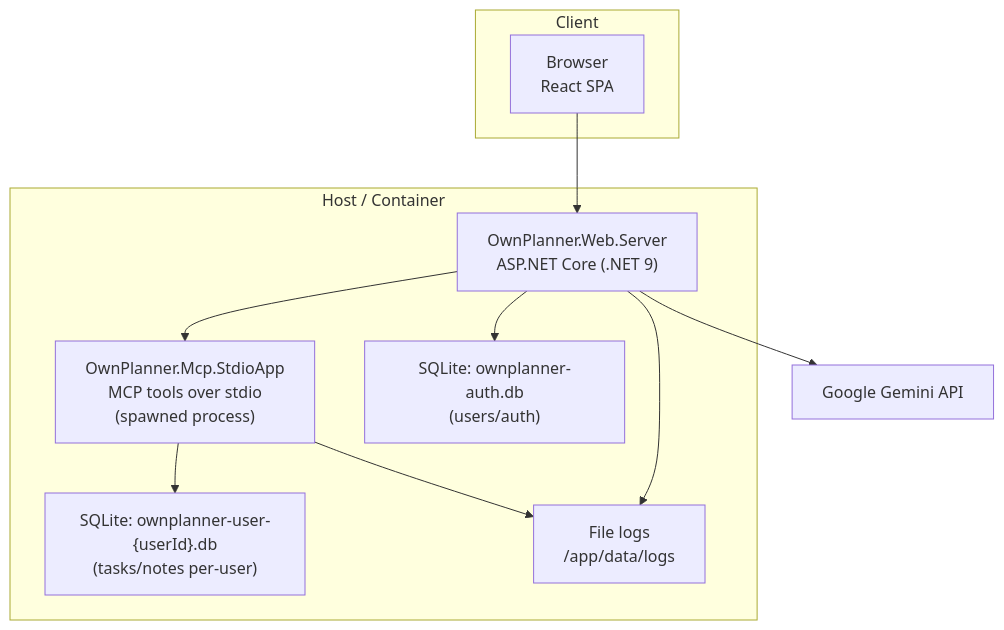
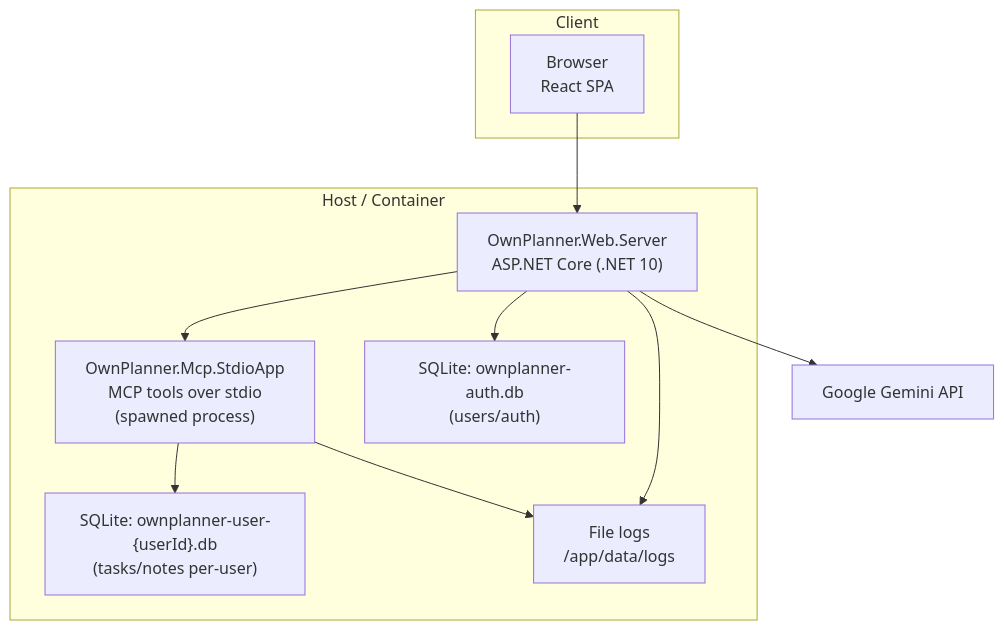
The second of 4 diagrams in README.md (am-space/own-planner), drawn with Mermaid before and after one commit. The commit also changed other lines of this file and 48 other files, not shown here.

````diff
--- a/README.md
+++ b/README.md
@@ -30,24 +30,24 @@
 ```mermaid
 graph TB
   subgraph client["Client"]
     browser["Browser<br/>React SPA"]
   end
 
   subgraph host["Host / Container"]
-    web["OwnPlanner.Web.Server<br/>ASP.NET Core (.NET 9)"]
+    web["OwnPlanner.Web.Server<br/>ASP.NET Core (.NET 10)"]
     mcpapp["OwnPlanner.Mcp.StdioApp<br/>MCP tools over stdio<br/>(spawned process)"]
     authdb["SQLite: ownplanner-auth.db<br/>(users/auth)"]
     userdb["SQLite: ownplanner-user-{userId}.db<br/>(tasks/notes per-user)"]
     logs["File logs<br/>/app/data/logs"]
   end
 
   llm["Google Gemini API"]
 
   browser --> web
   web --> authdb
   web --> llm
   web --> mcpapp
   web --> logs
   mcpapp --> userdb
   mcpapp --> logs
 ```
````
